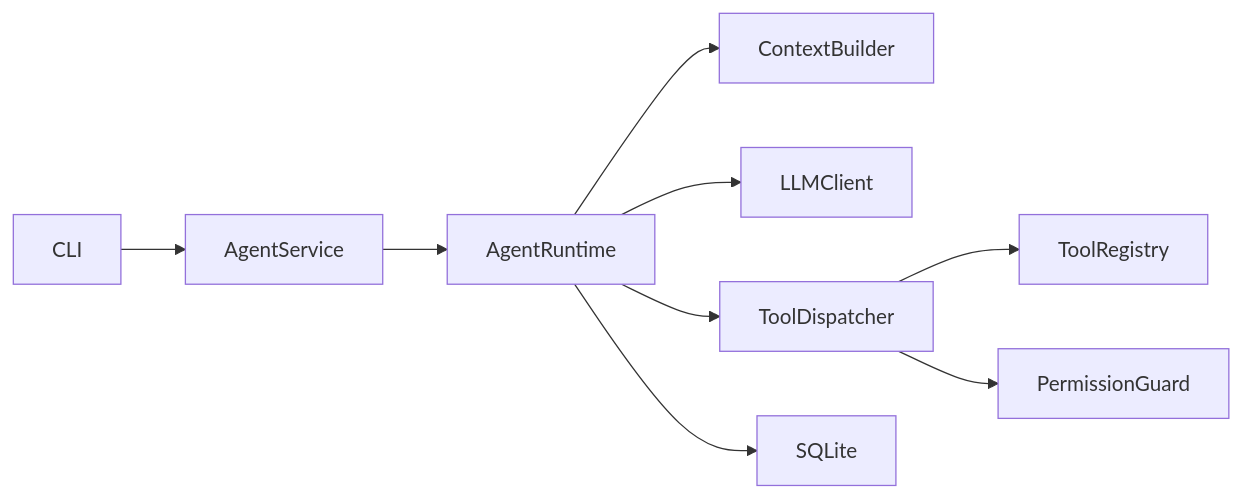
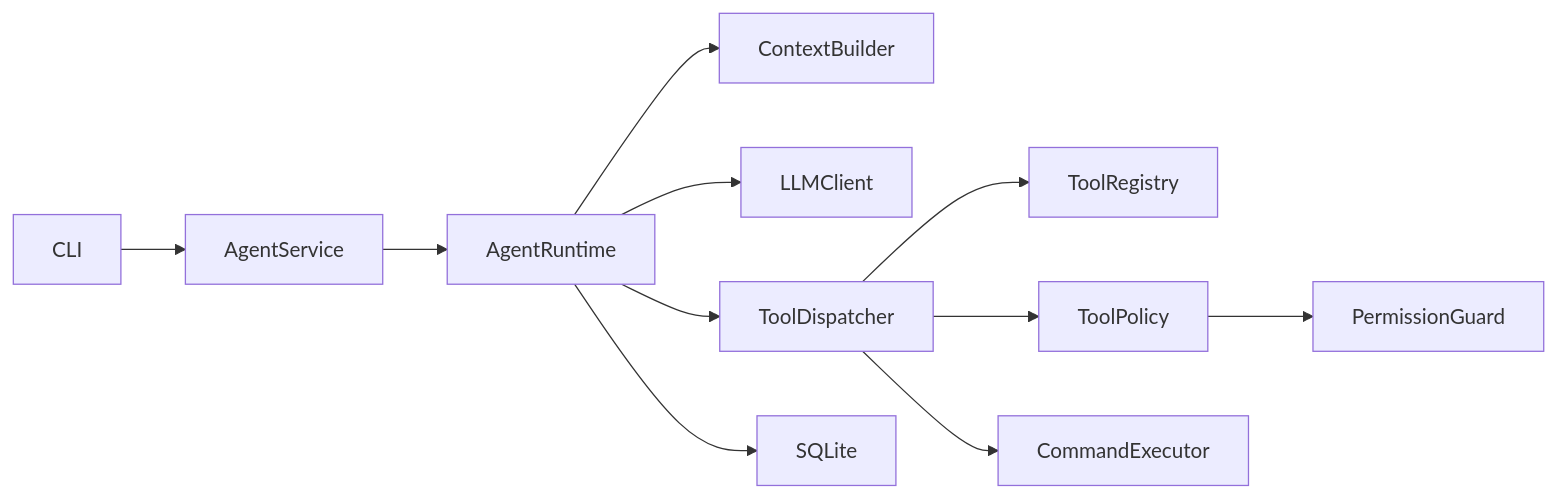
One commit to panding999/MiniCode-Harness changed the diagram in README.md. Above: the diagram before and after it, drawn with Mermaid. The commit also changed other lines of this file and 35 other files, not shown here.

````diff
--- a/README.md
+++ b/README.md
@@ -11,9 +19,11 @@
 ```mermaid
 flowchart LR
   CLI --> AgentService --> AgentRuntime
   AgentRuntime --> ContextBuilder
   AgentRuntime --> LLMClient
   AgentRuntime --> ToolDispatcher --> ToolRegistry
-  ToolDispatcher --> PermissionGuard
+  ToolDispatcher --> ToolPolicy
+  ToolPolicy --> PermissionGuard
+  ToolDispatcher --> CommandExecutor
   AgentRuntime --> SQLite
 ```
````
